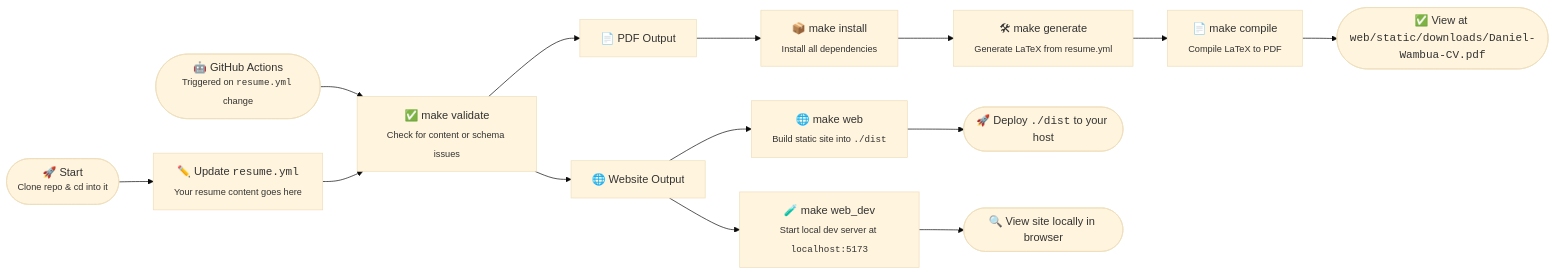
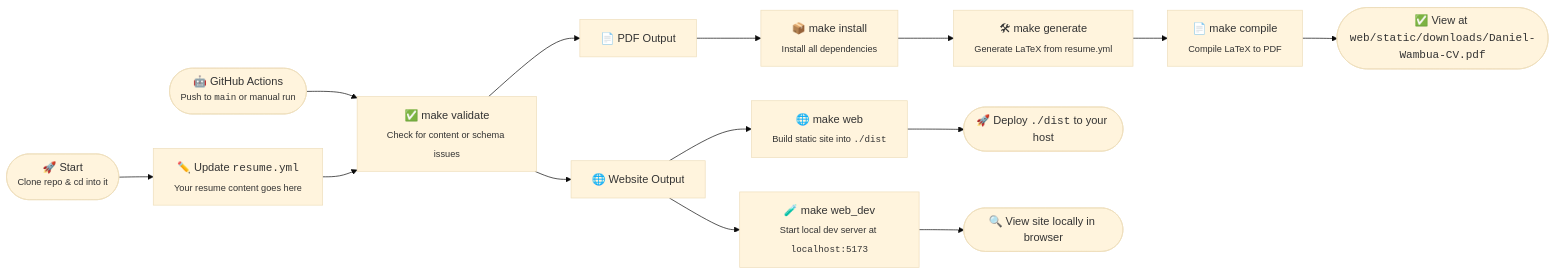
One commit to Daniel-wambua/cv changed the diagram in .github/README.md. Above: the diagram before and after it, drawn with Mermaid (base theme). The commit also changed other lines of this file and 35 other files, not shown here.

````diff
--- a/.github/README.md
+++ b/.github/README.md
@@ -97,21 +97,21 @@
 ```mermaid
 flowchart LR
-    GA([🤖 GitHub Actions<br><sup>Triggered on <code>resume.yml</code> change</sup>]) --> A3
+    GA([🤖 GitHub Actions<br><sup>Push to <code>main</code> or manual run</sup>]) --> A3
 
     A1([🚀 Start<br><sup>Clone repo & cd into it</sup>]) --> A2[✏️ Update <code>resume.yml</code><br><sub>Your resume content goes here</sub>]
     A2 --> A3[✅ make validate<br><sub>Check for content or schema issues</sub>]
 
     %% PDF PATH
     A3 --> PDF[📄 PDF Output]
     PDF --> B1[📦 make install<br><sub>Install all dependencies</sub>]
     B1 --> B2[🛠 make generate<br><sub>Generate LaTeX from resume.yml</sub>]
     B2 --> B3[📄 make compile<br><sub>Compile LaTeX to PDF</sub>]
     B3 --> B4([✅ View at <code>web/static/downloads/Daniel-Wambua-CV.pdf</code>])
 
     %% WEB PATH
     A3 --> Web[🌐 Website Output]
     Web --> C1[🌐 make web<br><sub>Build static site into <code>./dist</code></sub>]
     Web --> C2[🧪 make web_dev<br><sub>Start local dev server at <code>localhost:5173</code></sub>]
     C1 --> C3([🚀 Deploy <code>./dist</code> to your host])
     C2 --> C4([🔍 View site locally in browser])
 ```
````
